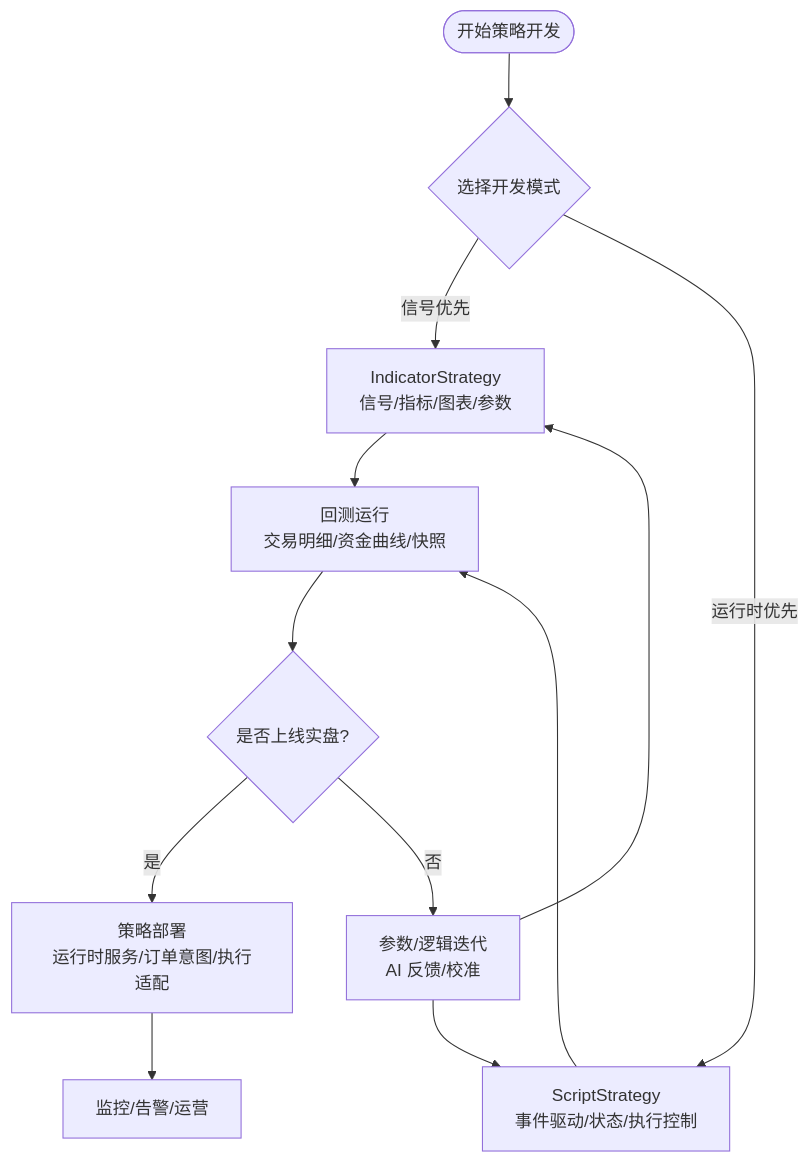
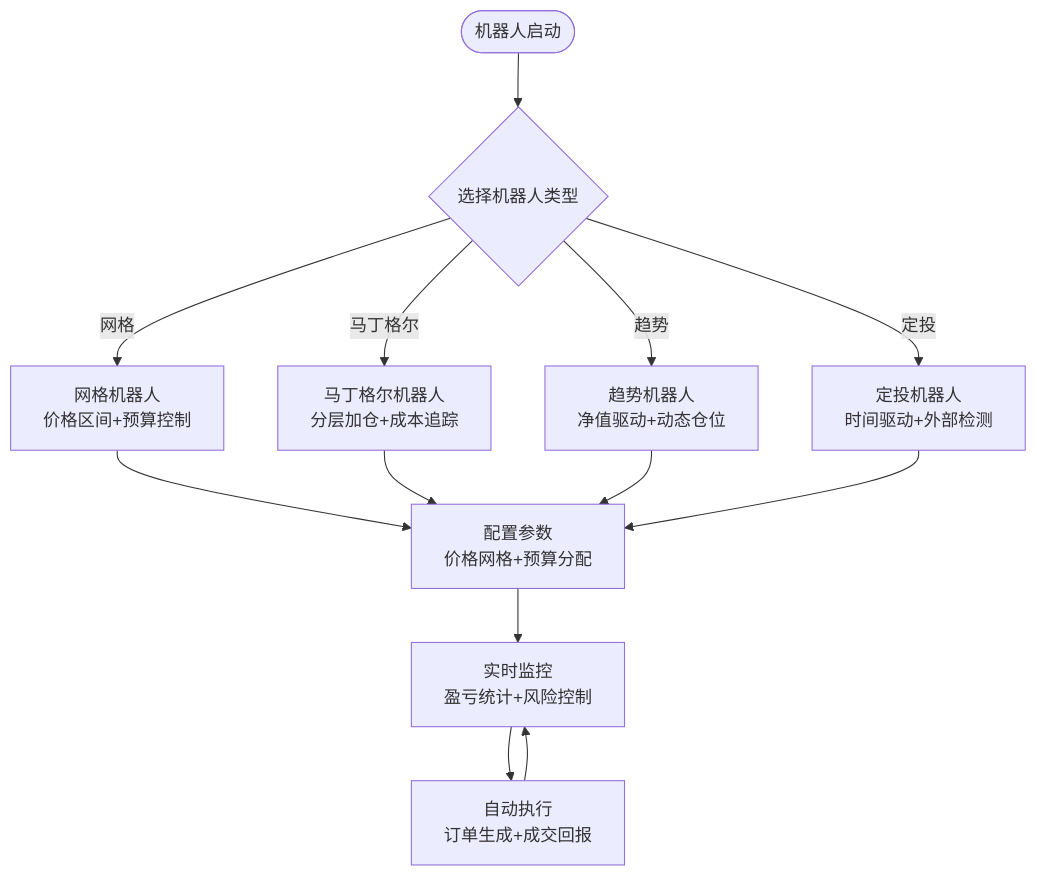
Before and after one commit to joezxh/QuantDinger: the fourth of 8 diagrams in .qoder/repowiki/zh/content/项目概述/产品介绍.md, drawn with Mermaid. The commit also changed other lines of this file and 39 other files, not shown here.

````diff
--- a/.qoder/repowiki/zh/content/项目概述/产品介绍.md
+++ b/.qoder/repowiki/zh/content/项目概述/产品介绍.md
@@ -209,14 +215,15 @@
 ```mermaid
 flowchart TD
-Start(["开始策略开发"]) --> ChooseMode{"选择开发模式"}
-ChooseMode --> |信号优先| IS["IndicatorStrategy<br/>信号/指标/图表/参数"]
-ChooseMode --> |运行时优先| SS["ScriptStrategy<br/>事件驱动/状态/执行控制"]
-IS --> Backtest["回测运行<br/>交易明细/资金曲线/快照"]
-SS --> Backtest
-Backtest --> Live{"是否上线实盘?"}
-Live --> |是| Deploy["策略部署<br/>运行时服务/订单意图/执行适配"]
-Live --> |否| Iterate["参数/逻辑迭代<br/>AI 反馈/校准"]
-Iterate --> IS
-Iterate --> SS
-Deploy --> Monitor["监控/告警/运营"]
+Start(["机器人启动"]) --> Type{"选择机器人类型"}
+Type --> |网格| GRID["网格机器人<br/>价格区间+预算控制"]
+Type --> |马丁格尔| MART["马丁格尔机器人<br/>分层加仓+成本追踪"]
+Type --> |趋势| TREND["趋势机器人<br/>净值驱动+动态仓位"]
+Type --> |定投| DCA["定投机器人<br/>时间驱动+外部检测"]
+GRID --> Config["配置参数<br/>价格网格+预算分配"]
+MART --> Config
+TREND --> Config
+DCA --> Config
+Config --> Monitor["实时监控<br/>盈亏统计+风险控制"]
+Monitor --> Execute["自动执行<br/>订单生成+成交回报"]
+Execute --> Monitor
 ```
````
